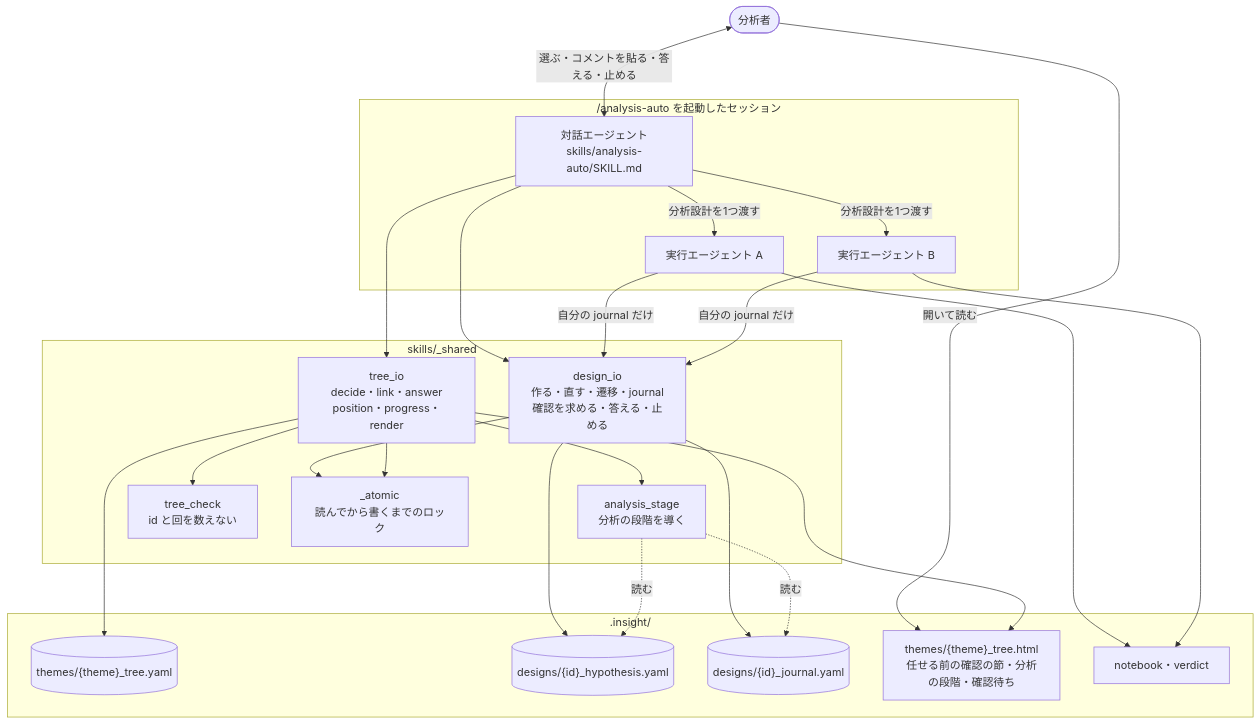
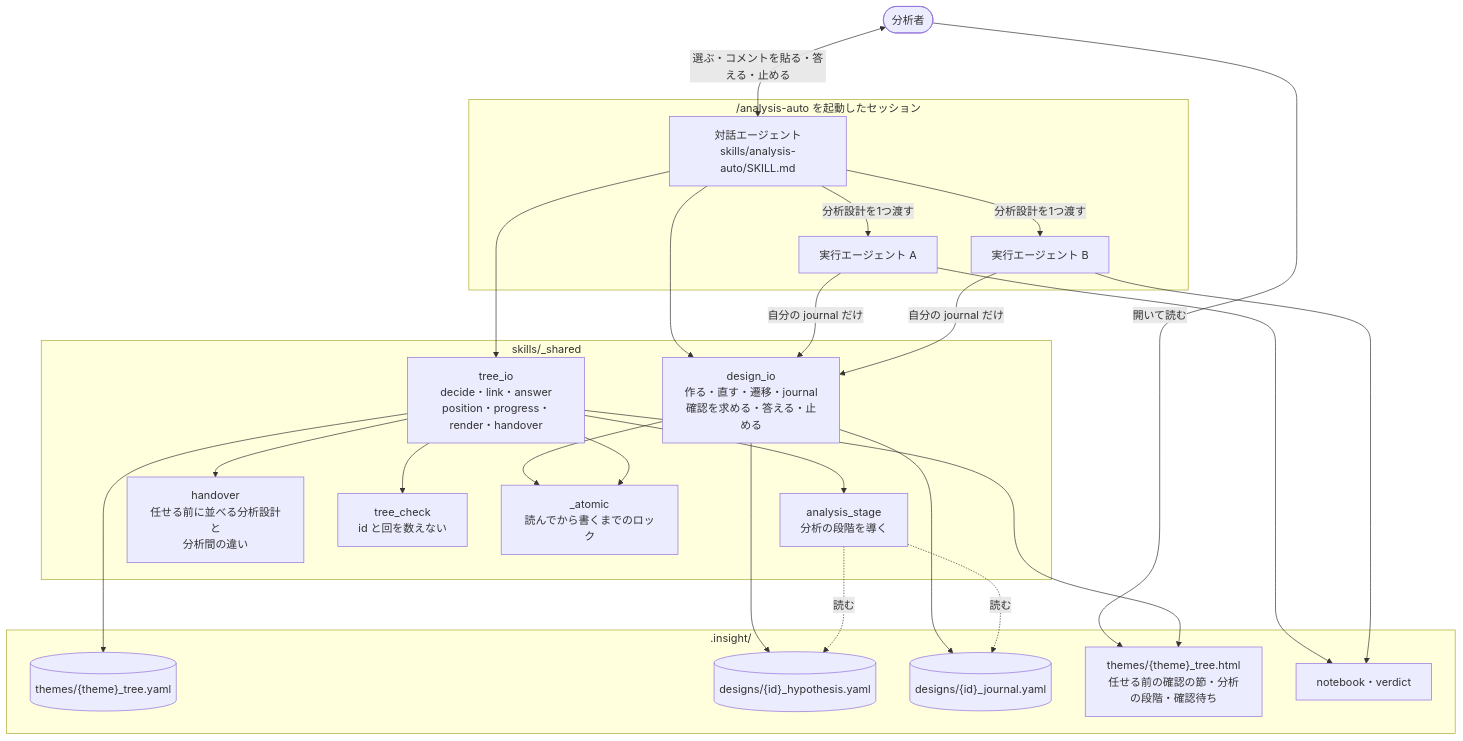
The first of 4 diagrams in docs/design/epic-35-hand-over-questions.md (etoyama/insight-blueprint-skills), drawn with Mermaid before and after one commit. The commit also changed other lines of this file and 8 other files, not shown here.

````diff
--- a/docs/design/epic-35-hand-over-questions.md
+++ b/docs/design/epic-35-hand-over-questions.md
@@ -242,43 +242,45 @@
 ```mermaid
 flowchart TD
     analyst([分析者])
     subgraph session["/analysis-auto を起動したセッション"]
         driver["対話エージェント<br/>skills/analysis-auto/SKILL.md"]
         w1["実行エージェント A"]
         w2["実行エージェント B"]
     end
     subgraph cli["skills/_shared"]
         design_io["design_io<br/>作る・直す・遷移・journal<br/>確認を求める・答える・止める"]
-        tree_io["tree_io<br/>decide・link・answer<br/>position・progress・render"]
+        tree_io["tree_io<br/>decide・link・answer<br/>position・progress・render・handover"]
         stage["analysis_stage<br/>分析の段階を導く"]
+        handover["handover<br/>任せる前に並べる分析設計と<br/>分析間の違い"]
         check["tree_check<br/>id と回を数えない"]
         lock["_atomic<br/>読んでから書くまでのロック"]
     end
     subgraph insight[".insight/"]
         tree[("themes/{theme}_tree.yaml")]
         designs[("designs/{id}_hypothesis.yaml")]
         journals[("designs/{id}_journal.yaml")]
         html["themes/{theme}_tree.html<br/>任せる前の確認の節・分析の段階・確認待ち"]
         nb["notebook・verdict"]
     end
     analyst <-->|選ぶ・コメントを貼る・答える・止める| driver
     analyst -->|開いて読む| html
     driver -->|分析設計を1つ渡す| w1
     driver -->|分析設計を1つ渡す| w2
     driver --> design_io
     driver --> tree_io
     w1 -->|自分の journal だけ| design_io
     w2 -->|自分の journal だけ| design_io
     w1 --> nb
     w2 --> nb
     design_io --> lock
     tree_io --> lock
     tree_io --> check
     tree_io --> stage
+    tree_io --> handover
     design_io --> designs
     design_io --> journals
     tree_io --> tree
     tree_io --> html
     stage -.->|読む| designs
     stage -.->|読む| journals
 ```
````
